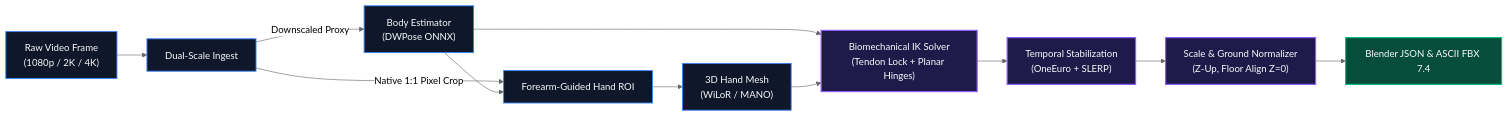
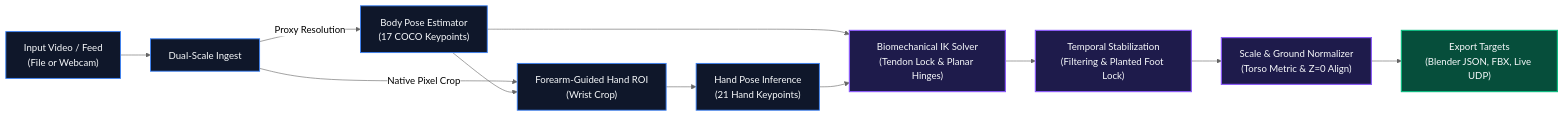
The diagram in README.md (HrithvikM23/Kinara), drawn with Mermaid (neutral theme) before and after one commit. The commit also changed other lines of this file and 2 other files, not shown here.

````diff
--- a/README.md
+++ b/README.md
@@ -44,19 +42,19 @@
 ```mermaid
 flowchart LR
-    A["Raw Video Frame<br/>(1080p / 2K / 4K)"] --> B["Dual-Scale Ingest"]
-    B -->|Downscaled Proxy| C["Body Estimator<br/>(DWPose ONNX)"]
-    B -->|Native 1:1 Pixel Crop| D["Forearm-Guided Hand ROI"]
+    A["Input Video / Feed<br/>(File or Webcam)"] --> B["Dual-Scale Ingest"]
+    B -->|Proxy Resolution| C["Body Pose Estimator<br/>(17 COCO Keypoints)"]
+    B -->|Native Pixel Crop| D["Forearm-Guided Hand ROI<br/>(Wrist Crop)"]
     C --> D
-    D --> E["3D Hand Mesh<br/>(WiLoR / MANO)"]
-    C & E --> F["Biomechanical IK Solver<br/>(Tendon Lock + Planar Hinges)"]
-    F --> G["Temporal Stabilization<br/>(OneEuro + SLERP)"]
-    G --> H["Scale & Ground Normalizer<br/>(Z-Up, Floor Align Z=0)"]
-    H --> I["Blender JSON & ASCII FBX 7.4"]
+    D --> E["Hand Pose Inference<br/>(21 Hand Keypoints)"]
+    C & E --> F["Biomechanical IK Solver<br/>(Tendon Lock & Planar Hinges)"]
+    F --> G["Temporal Stabilization<br/>(Filtering & Planted Foot Lock)"]
+    G --> H["Scale & Ground Normalizer<br/>(Torso Metric & Z=0 Align)"]
+    H --> I["Export Targets<br/>(Blender JSON, FBX, Live UDP)"]
 
     classDef stage fill:#0f172a,stroke:#3b82f6,stroke-width:1.5px,color:#f8fafc;
     classDef highlight fill:#1e1b4b,stroke:#8b5cf6,stroke-width:2px,color:#f8fafc;
     classDef export fill:#064e3b,stroke:#10b981,stroke-width:2px,color:#f8fafc;
     class A,B,C,D,E stage;
     class F,G,H highlight;
     class I export;
 ```
````
